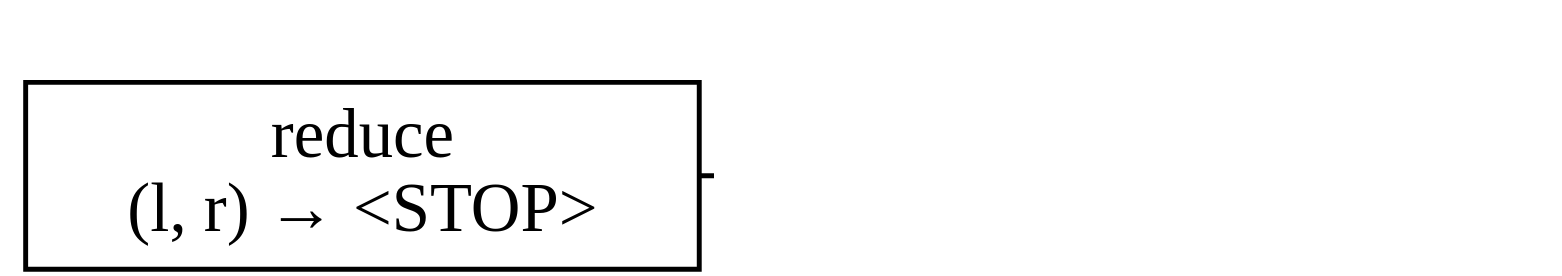
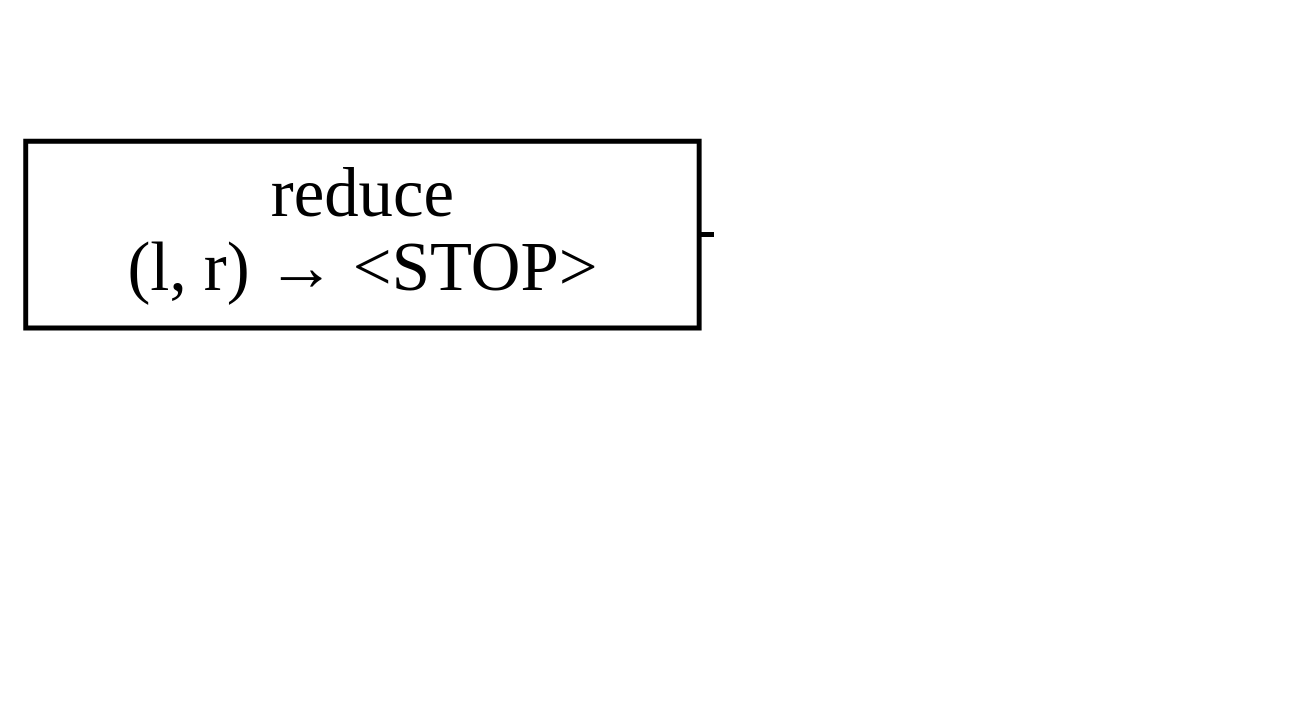
Before and after one commit to inponomarev/kstreams-testing-pitfalls: diagram 13 of 17 in slides/src/main/asciidoc/lecture.adoc, drawn with Graphviz. The commit also changed other lines of this file and 3 other files, not shown here.

```diff
--- a/slides/src/main/asciidoc/lecture.adoc
+++ b/slides/src/main/asciidoc/lecture.adoc
@@ -569,19 +608,27 @@
 [graphviz,"cache3.png"]
 ----
 digraph G {
 
 graph [ dpi = 180 ];
 rankdir="LR";
 
 Reduce[shape=box,label="reduce \n (l, r) → <STOP>"];
 
 Reduce -> Cache;
 
 Cache[shape=box,label=<<table cellspacing="5" cellborder="0"  border="0">
         <tr><td colspan="2">Cache</td></tr>
-        <tr><td>&lt;STOP&gt;</td>
-        <vr/><td>&lt;STOP&gt;</td></tr></table>>]
+        <tr><td>A</td><vr/><td>&lt;STOP&gt;</td></tr>
+        <tr><td>B</td><vr/><td>&lt;STOP&gt;</td></tr>
+        </table>>]
 
+Store[shape=cylinder,label=<<table cellspacing="5" cellborder="0"  border="0">
+        <tr><td colspan="2">Local Store</td></tr>
+        <tr><td> </td><td> </td></tr>
+        </table>>];
+        
+Cache -> Store;
+{rank = same; Store; Cache; }
 
 }
 ----
```
